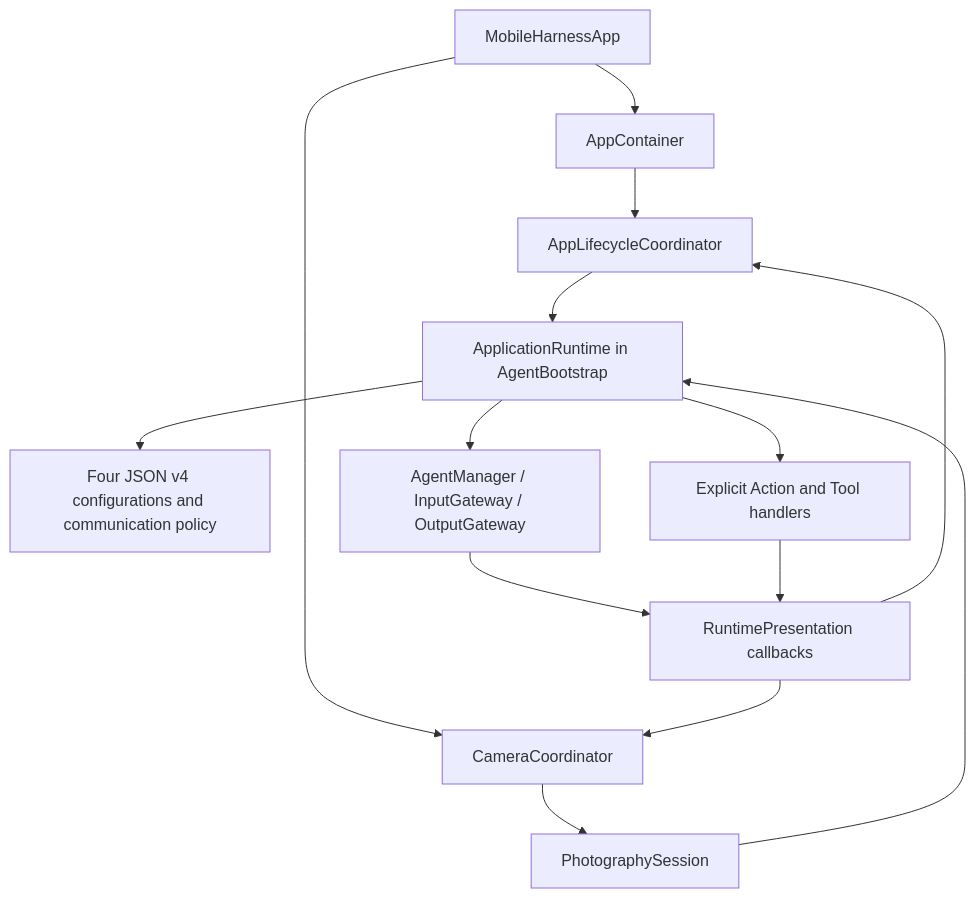
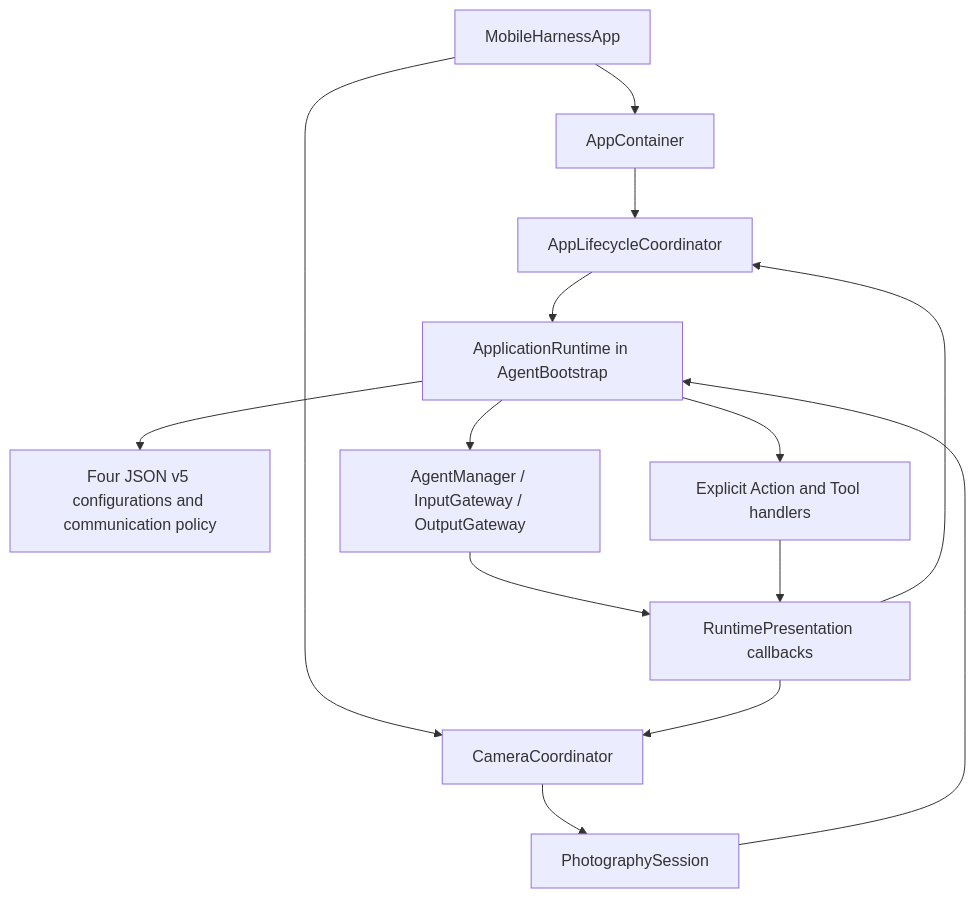
The second of 3 diagrams in MobileHarness/App/README.md (devilyouwei/MobileHarness), drawn with Mermaid before and after one commit. The commit also changed other lines of this file and 97 other files, not shown here.

````diff
--- a/MobileHarness/App/README.md
+++ b/MobileHarness/App/README.md
@@ -42,16 +42,16 @@
 ```mermaid
 flowchart TD
     Entry[MobileHarnessApp] --> Container[AppContainer]
     Entry --> Camera[CameraCoordinator]
     Container --> Voice[AppLifecycleCoordinator]
     Voice --> Shared[ApplicationRuntime in AgentBootstrap]
     Camera --> Session[PhotographySession]
     Session --> Shared
-    Shared --> Policy[Four JSON v4 configurations and communication policy]
+    Shared --> Policy[Four JSON v5 configurations and communication policy]
     Shared --> Transport[AgentManager / InputGateway / OutputGateway]
     Shared --> Handlers[Explicit Action and Tool handlers]
     Transport --> Presentation[RuntimePresentation callbacks]
     Handlers --> Presentation
     Presentation --> Voice
     Presentation --> Camera
 ```
````
